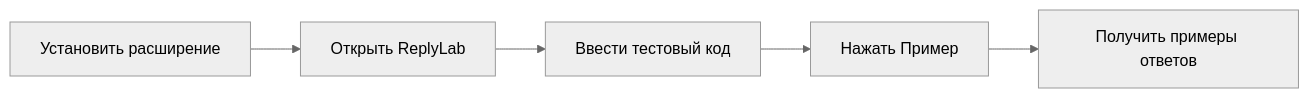
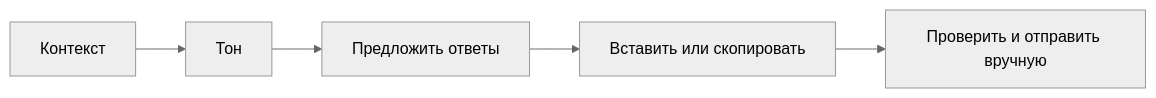
The diagram in README.md (kostia7alania/replylab-extension), drawn with Mermaid (neutral theme) before and after one commit. The commit also changed other lines of this file and 17 other files, not shown here.

````diff
--- a/README.md
+++ b/README.md
@@ -32,7 +36,7 @@
 ```mermaid
 flowchart LR
-    A[Установить расширение] --> B[Открыть ReplyLab]
-    B --> C[Ввести тестовый код]
-    C --> D[Нажать Пример]
-    D --> E[Получить примеры ответов]
+    A[Контекст] --> B[Тон]
+    B --> C[Предложить ответы]
+    C --> D[Вставить или скопировать]
+    D --> E[Проверить и отправить вручную]
 ```
````
